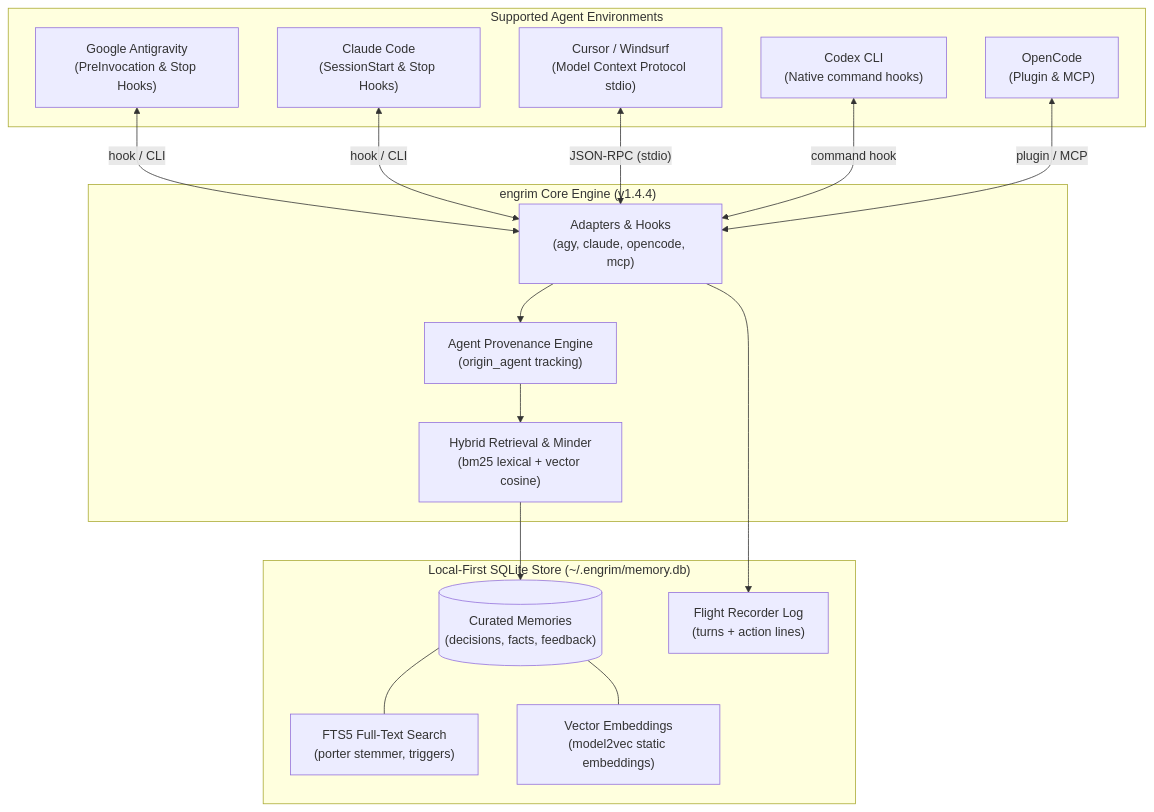
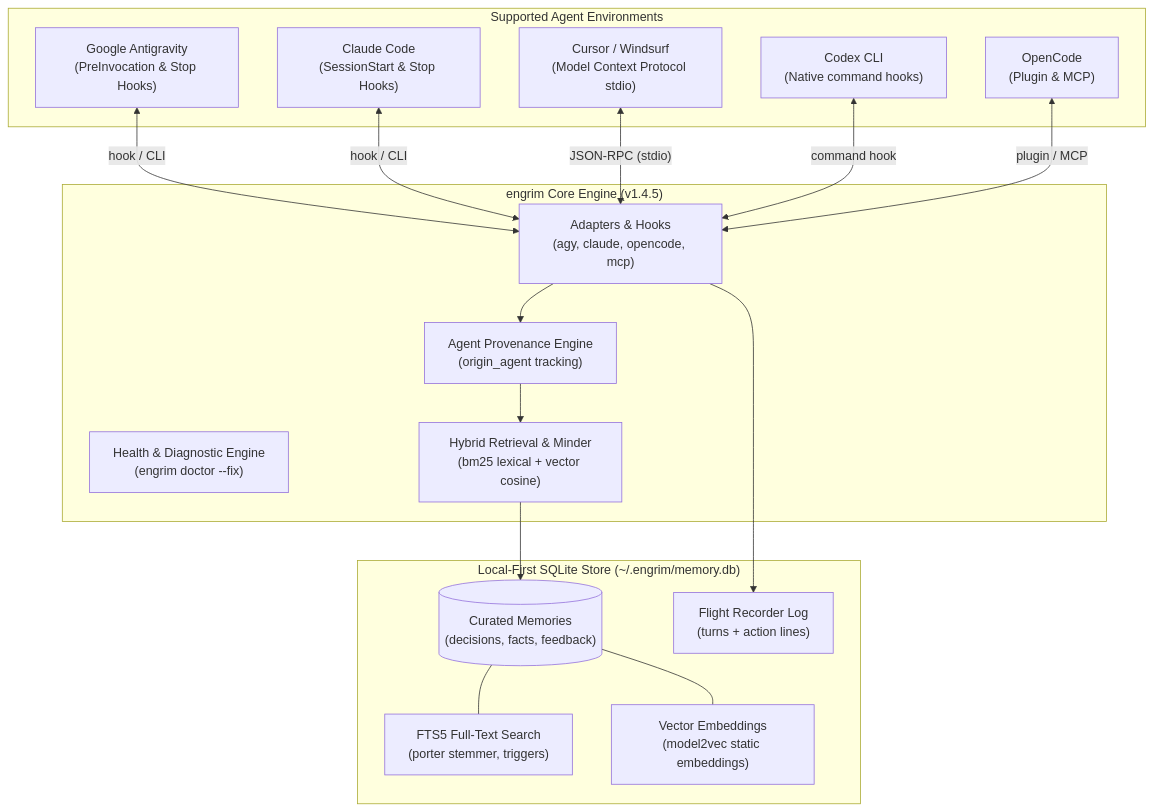
Before and after one commit to HinchK/engrim: the diagram in README.md, drawn with Mermaid. The commit also changed other lines of this file and 4 other files, not shown here.

Commit message:
feat(doctor): implement engrim doctor diagnostic command & self-healing hooks (v1.4.5)

````diff
--- a/README.md
+++ b/README.md
@@ -42,35 +42,36 @@
 ```mermaid
 graph TD
     subgraph Agents ["Supported Agent Environments"]
         AGY["Google Antigravity<br/>(PreInvocation & Stop Hooks)"]
         CLAUDE["Claude Code<br/>(SessionStart & Stop Hooks)"]
         CURSOR["Cursor / Windsurf<br/>(Model Context Protocol stdio)"]
         CODEX["Codex CLI<br/>(Native command hooks)"]
         OPENCODE["OpenCode<br/>(Plugin & MCP)"]
     end
 
-    subgraph CoreEngine ["engrim Core Engine (v1.4.4)"]
+    subgraph CoreEngine ["engrim Core Engine (v1.4.5)"]
         ADAPTERS["Adapters & Hooks<br/>(agy, claude, opencode, mcp)"]
+        DOCTOR["Health & Diagnostic Engine<br/>(engrim doctor --fix)"]
         PROVENANCE["Agent Provenance Engine<br/>(origin_agent tracking)"]
         ROUTER["Hybrid Retrieval & Minder<br/>(bm25 lexical + vector cosine)"]
     end
 
     subgraph Storage ["Local-First SQLite Store (~/.engrim/memory.db)"]
         MEMORIES[("Curated Memories<br/>(decisions, facts, feedback)")]
         FTS5["FTS5 Full-Text Search<br/>(porter stemmer, triggers)"]
         VEC["Vector Embeddings<br/>(model2vec static embeddings)"]
         LOG["Flight Recorder Log<br/>(turns + action lines)"]
     end
 
     AGY <-->|"hook / CLI"| ADAPTERS
     CLAUDE <-->|"hook / CLI"| ADAPTERS
     CURSOR <-->|"JSON-RPC (stdio)"| ADAPTERS
     CODEX <-->|"command hook"| ADAPTERS
     OPENCODE <-->|"plugin / MCP"| ADAPTERS
     ADAPTERS --> PROVENANCE
     PROVENANCE --> ROUTER
     ROUTER --> MEMORIES
     MEMORIES --- FTS5
     MEMORIES --- VEC
     ADAPTERS --> LOG
 ```
````
